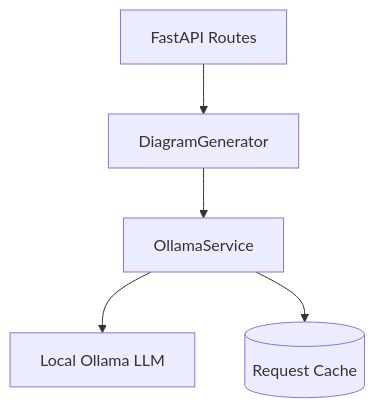
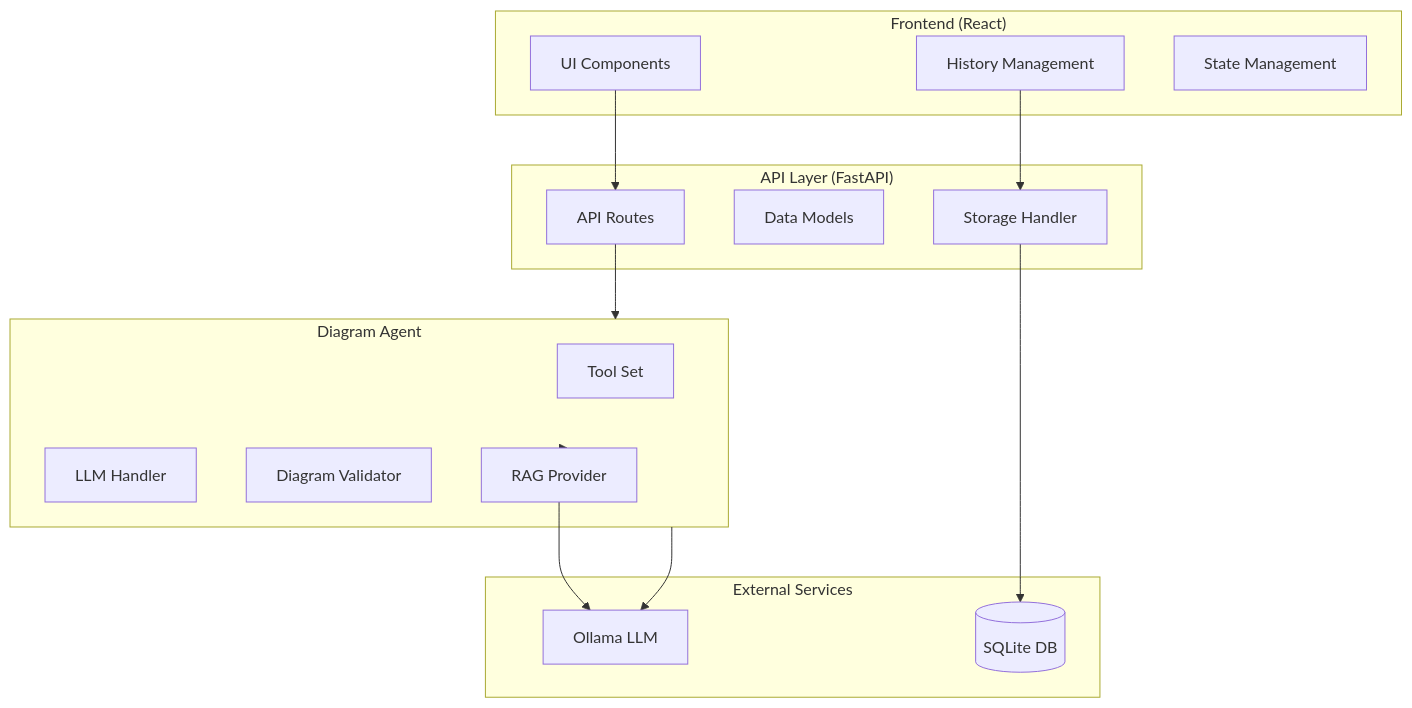
The first of 4 diagrams in docs/api/architecture.md (minimalefforttech/diagram_generator), drawn with Mermaid before and after one commit. The commit also changed other lines of this file and 14 other files, not shown here.

````diff
--- a/docs/api/architecture.md
+++ b/docs/api/architecture.md
@@ -9,13 +9,34 @@
 ```mermaid
 graph TB
-    API[FastAPI Routes]
-    DG[DiagramGenerator]
-    OS[OllamaService]
-    LLM[Local Ollama LLM]
-    Cache[(Request Cache)]
+    subgraph Frontend["Frontend (React)"]
+        UI[UI Components]
+        History[History Management]
+        State[State Management]
+    end
 
-    API --> DG
-    DG --> OS
-    OS --> LLM
-    OS --> Cache
+    subgraph API["API Layer (FastAPI)"]
+        Routes[API Routes]
+        Models[Data Models]
+        Storage[Storage Handler]
+    end
+
+    subgraph Agent["Diagram Agent"]
+        Tools[Tool Set]
+        LLMHandler[LLM Handler]
+        Validator[Diagram Validator]
+        RAG[RAG Provider]
+    end
+
+    subgraph External["External Services"]
+        Ollama[Ollama LLM]
+        DB[(SQLite DB)]
+    end
+
+    UI --> Routes
+    History --> Storage
+    Routes --> Agent
+    Agent --> Ollama
+    Agent --> RAG
+    Storage --> DB
+    RAG --> Ollama
 ```
````
